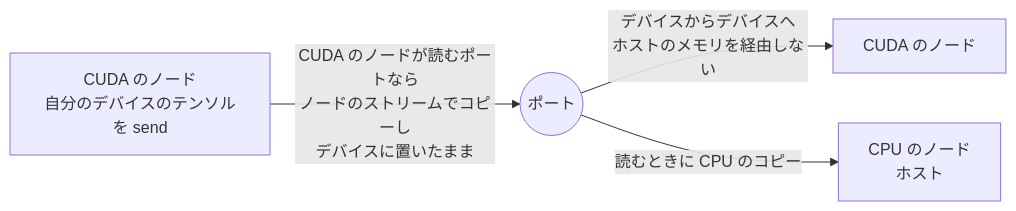
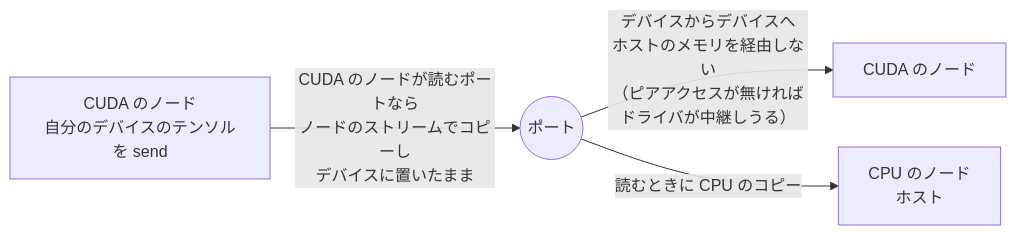
One commit to Geson-anko/mujou changed the fourth of 4 diagrams in docs/ja/topics/threads-and-devices.md. Above: the diagram before and after it, drawn with Mermaid. The commit also changed other lines of this file and 49 other files, not shown here.

````diff
--- a/docs/ja/topics/threads-and-devices.md
+++ b/docs/ja/topics/threads-and-devices.md
@@ -204,6 +114,6 @@
 ```mermaid
 flowchart LR
     A["CUDA のノード<br/>自分のデバイスのテンソルを send"] -->|"CUDA のノードが読むポートなら<br/>ノードのストリームでコピーし<br/>デバイスに置いたまま"| P(("ポート"))
-    P -->|"デバイスからデバイスへ<br/>ホストのメモリを経由しない"| B["CUDA のノード"]
+    P -->|"デバイスからデバイスへ<br/>ホストのメモリを経由しない<br/>（ピアアクセスが無ければドライバが中継しうる）"| B["CUDA のノード"]
     P -->|"読むときに CPU のコピー"| C["CPU のノード<br/>ホスト"]
 ```
````
